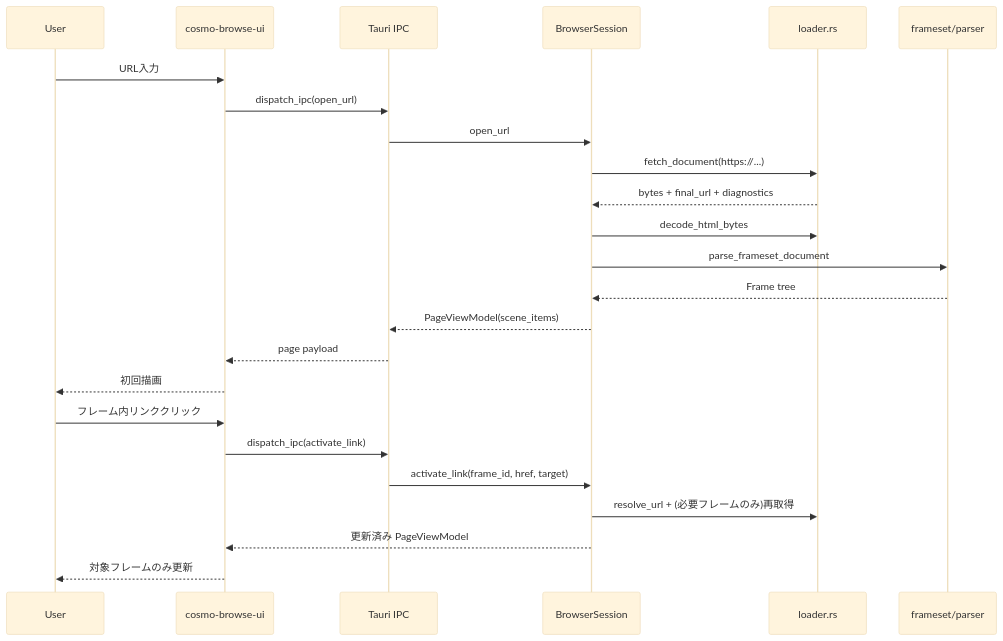
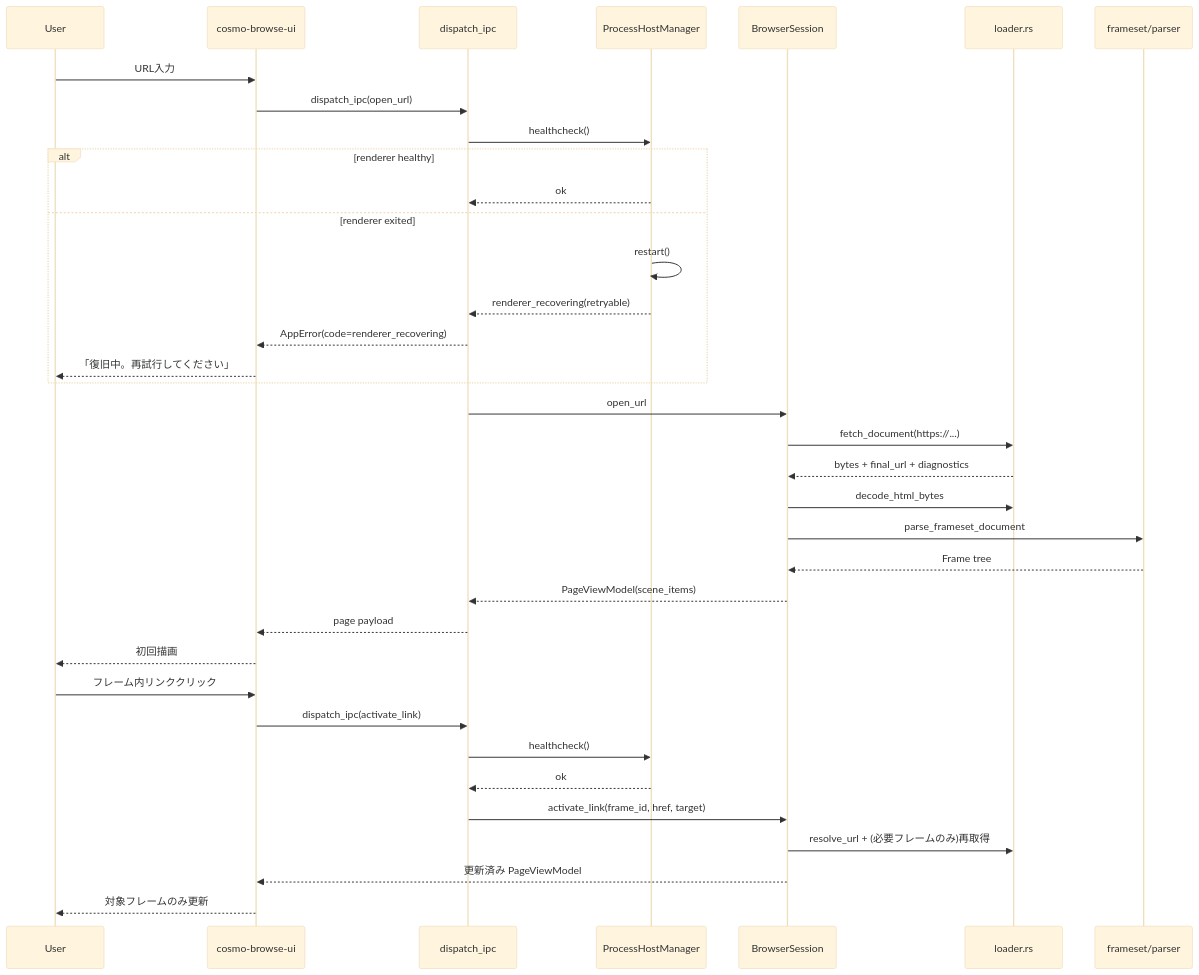
One commit to pkaiy81/CosmoBrowse changed the diagram in docs/architecture/mermaid/integrated-sequence.mmd. Above: the diagram before and after it, drawn with Mermaid (base theme). The commit also changed 8 other files, not shown here.

Commit message:
docs: update roadmap progress and recovery architecture flows

```diff
--- a/docs/architecture/mermaid/integrated-sequence.mmd
+++ b/docs/architecture/mermaid/integrated-sequence.mmd
@@ -1,26 +1,39 @@
 sequenceDiagram
   participant User as User
   participant UI as cosmo-browse-ui
-  participant IPC as Tauri IPC
+  participant IPC as dispatch_ipc
+  participant PM as ProcessHostManager
   participant Session as BrowserSession
   participant Loader as loader.rs
   participant Parse as frameset/parser
 
   User->>UI: URL入力
   UI->>IPC: dispatch_ipc(open_url)
+  IPC->>PM: healthcheck()
+  alt renderer healthy
+    PM-->>IPC: ok
+  else renderer exited
+    PM->>PM: restart()
+    PM-->>IPC: renderer_recovering(retryable)
+    IPC-->>UI: AppError(code=renderer_recovering)
+    UI-->>User: 「復旧中。再試行してください」
+  end
+
   IPC->>Session: open_url
   Session->>Loader: fetch_document(https://...)
   Loader-->>Session: bytes + final_url + diagnostics
   Session->>Loader: decode_html_bytes
   Session->>Parse: parse_frameset_document
   Parse-->>Session: Frame tree
   Session-->>IPC: PageViewModel(scene_items)
   IPC-->>UI: page payload
   UI-->>User: 初回描画
 
   User->>UI: フレーム内リンククリック
   UI->>IPC: dispatch_ipc(activate_link)
+  IPC->>PM: healthcheck()
+  PM-->>IPC: ok
   IPC->>Session: activate_link(frame_id, href, target)
   Session->>Loader: resolve_url + (必要フレームのみ)再取得
   Session-->>UI: 更新済み PageViewModel
   UI-->>User: 対象フレームのみ更新
```
